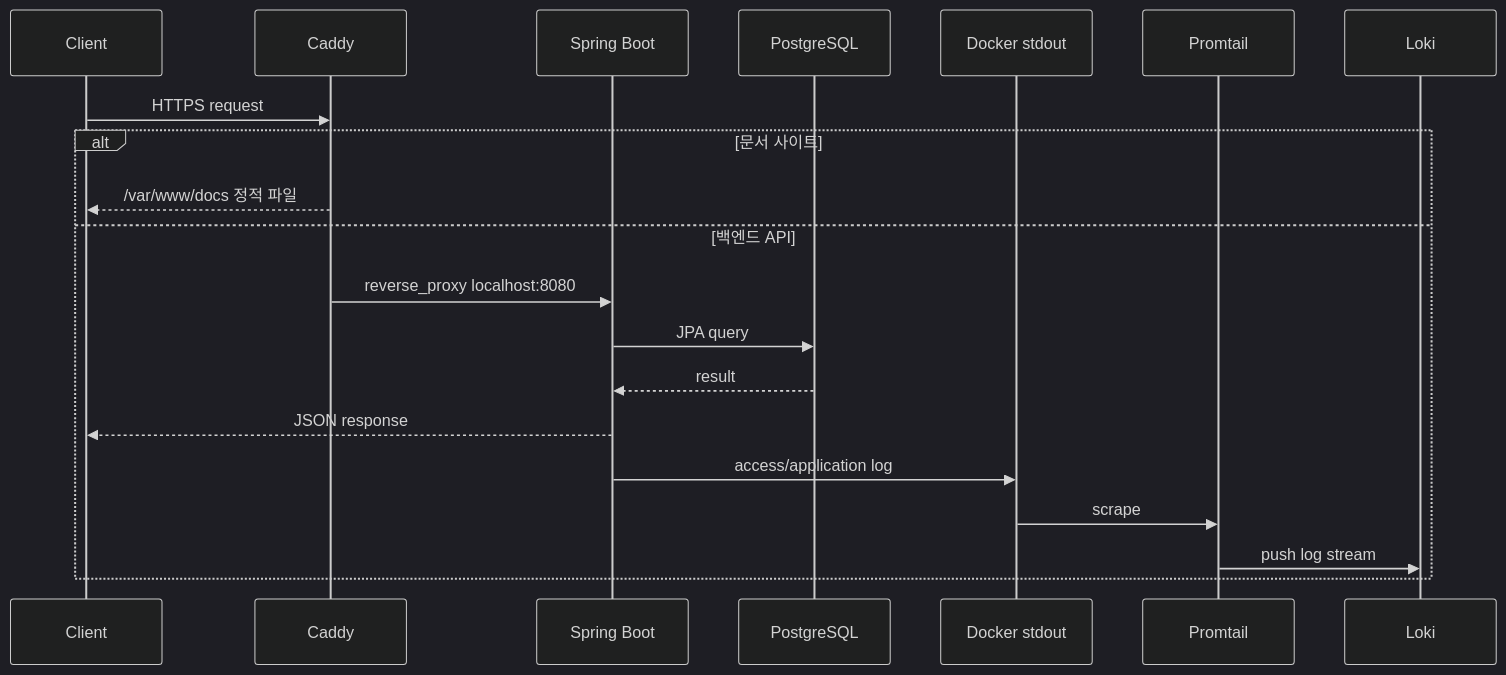
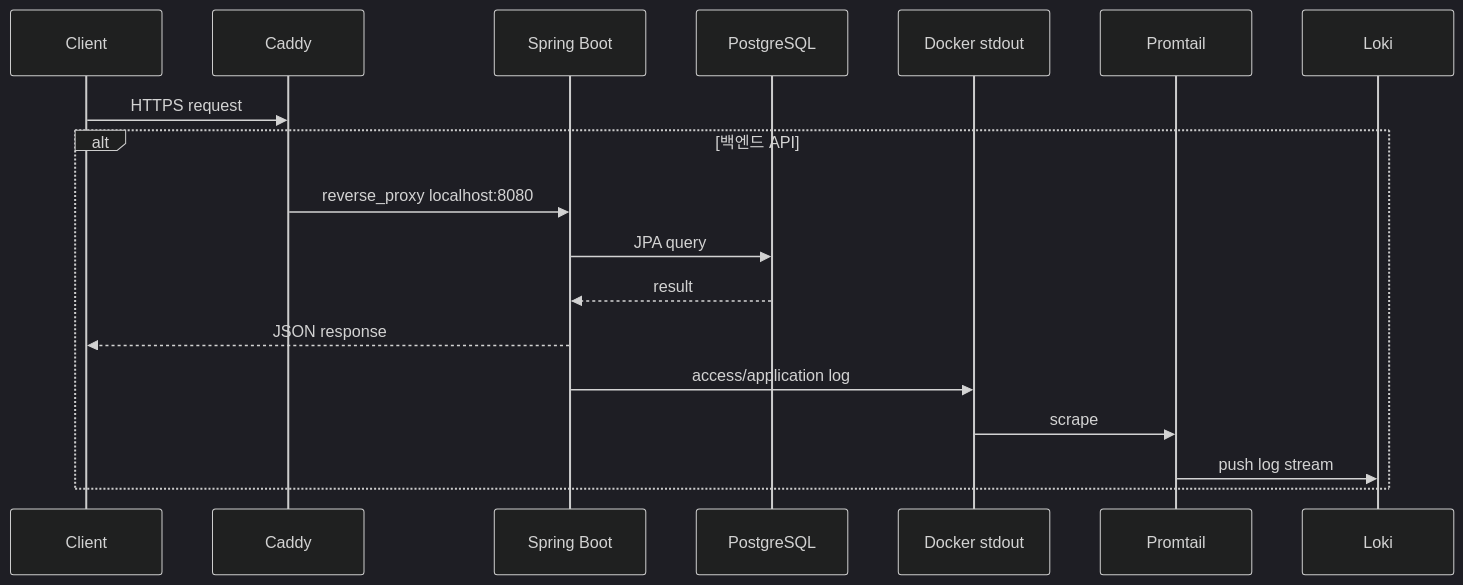
The third of 3 diagrams in docs/ops/deploy.md (Olma-Web/OLma-Docs), drawn with Mermaid (dark theme) before and after one commit. The commit also changed other lines of this file and 6 other files, not shown here.

````diff
--- a/docs/ops/deploy.md
+++ b/docs/ops/deploy.md
@@ -180,23 +165,21 @@
 ```mermaid
 sequenceDiagram
   participant Client
   participant Caddy
   participant Backend as Spring Boot
   participant RDS as PostgreSQL
   participant Logs as Docker stdout
   participant Promtail
   participant Loki
 
   Client->>Caddy: HTTPS request
-  alt 문서 사이트
-    Caddy-->>Client: /var/www/docs 정적 파일
-  else 백엔드 API
+  alt 백엔드 API
     Caddy->>Backend: reverse_proxy localhost:8080
     Backend->>RDS: JPA query
     RDS-->>Backend: result
     Backend-->>Client: JSON response
     Backend->>Logs: access/application log
     Logs->>Promtail: scrape
     Promtail->>Loki: push log stream
   end
 ```
````
